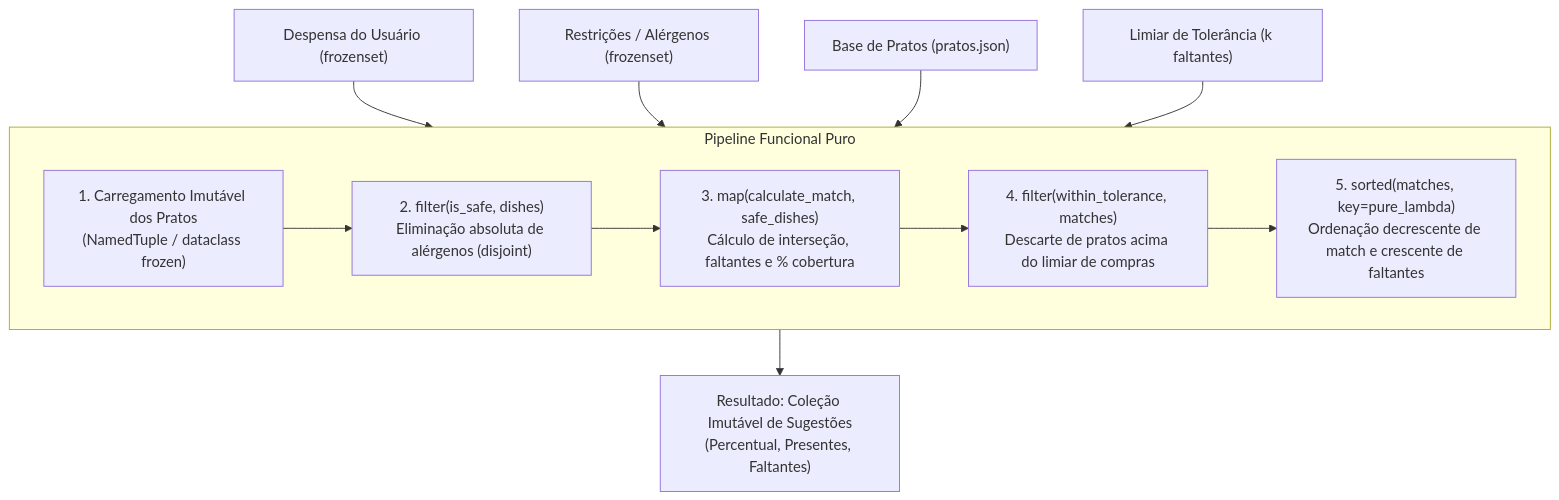
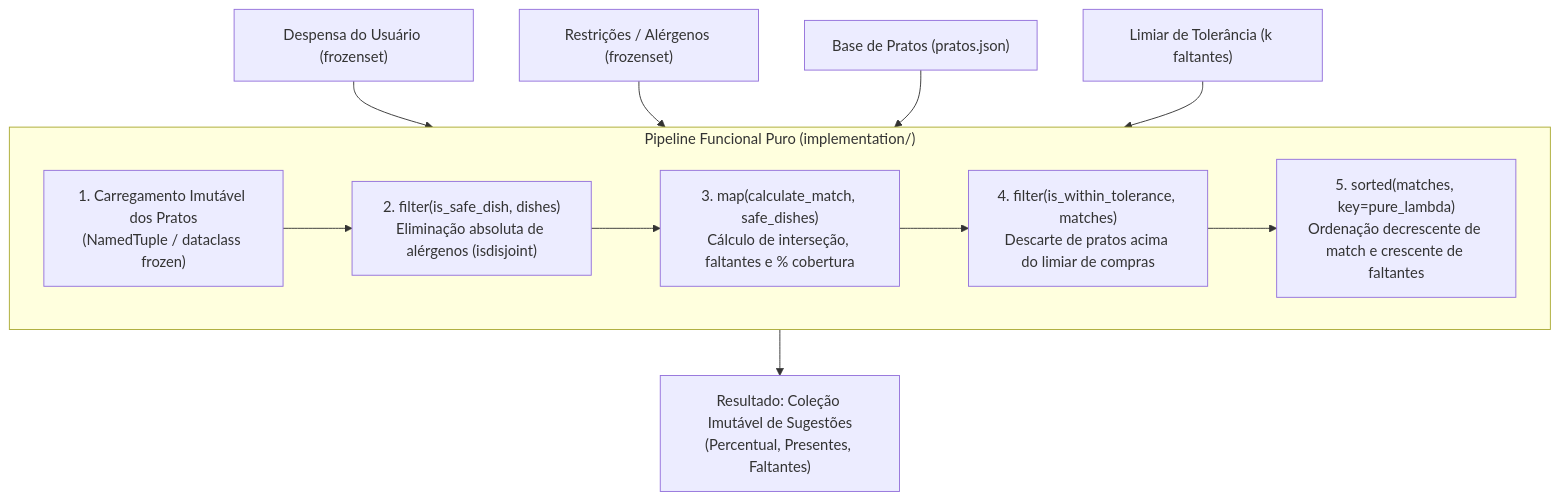
One commit to quezinhacosta/cook-what-u-have changed the first of 3 diagrams in README.md. Above: the diagram before and after it, drawn with Mermaid. The commit also changed other lines of this file and 3 other files, not shown here.

````diff
--- a/README.md
+++ b/README.md
@@ -63,19 +82,19 @@
 ```mermaid
 flowchart TD
     A["Despensa do Usuário (frozenset)"] --> PIPELINE
     B["Restrições / Alérgenos (frozenset)"] --> PIPELINE
     C["Base de Pratos (pratos.json)"] --> PIPELINE
     T["Limiar de Tolerância (k faltantes)"] --> PIPELINE
 
-    subgraph PIPELINE ["Pipeline Funcional Puro"]
+    subgraph PIPELINE ["Pipeline Funcional Puro (implementation/)"]
         P1["1. Carregamento Imutável dos Pratos\n(NamedTuple / dataclass frozen)"]
-        P2["2. filter(is_safe, dishes)\nEliminação absoluta de alérgenos (disjoint)"]
+        P2["2. filter(is_safe_dish, dishes)\nEliminação absoluta de alérgenos (isdisjoint)"]
         P3["3. map(calculate_match, safe_dishes)\nCálculo de interseção, faltantes e % cobertura"]
-        P4["4. filter(within_tolerance, matches)\nDescarte de pratos acima do limiar de compras"]
+        P4["4. filter(is_within_tolerance, matches)\nDescarte de pratos acima do limiar de compras"]
         P5["5. sorted(matches, key=pure_lambda)\nOrdenação decrescente de match e crescente de faltantes"]
         
         P1 --> P2 --> P3 --> P4 --> P5
     end
 
     PIPELINE --> OUT["Resultado: Coleção Imutável de Sugestões\n(Percentual, Presentes, Faltantes)"]
 ```
````
